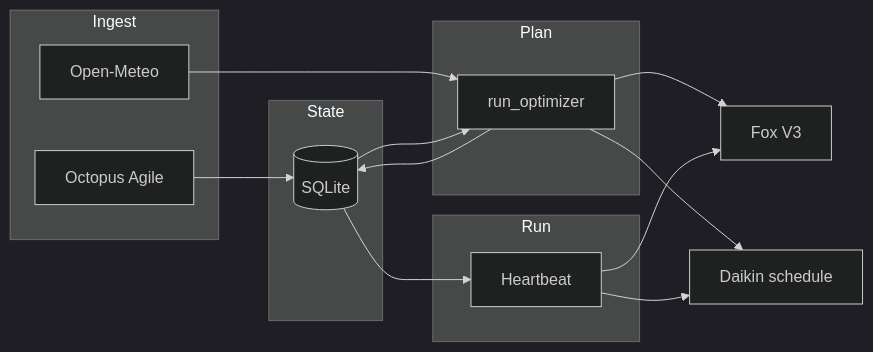
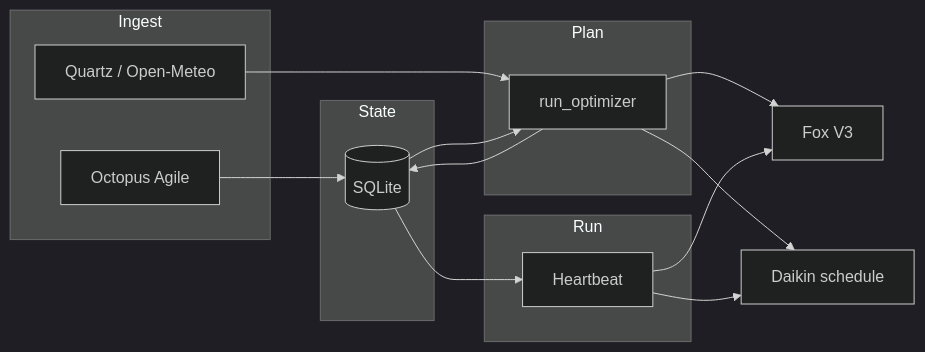
One commit to albinati/home-energy-manager changed the diagram in docs/ARCHITECTURE.md. Above: the diagram before and after it, drawn with Mermaid (dark theme). The commit also changed other lines of this file and 17 other files, not shown here.

````diff
--- a/docs/ARCHITECTURE.md
+++ b/docs/ARCHITECTURE.md
@@ -45,25 +46,25 @@
 ```mermaid
 flowchart LR
   subgraph ingest [Ingest]
     O[Octopus Agile]
-    W[Open-Meteo]
+  Q[Quartz / Open-Meteo]
   end
   subgraph store [State]
     DB[(SQLite)]
   end
   subgraph plan [Plan]
     R[run_optimizer]
   end
   subgraph run [Run]
     H[Heartbeat]
   end
   O --> DB
-  W --> R
+  Q --> R
   DB --> R
   R --> DB
   R --> F[Fox V3]
   R --> D[Daikin schedule]
   DB --> H
   H --> D
   H --> F
 ```
````
